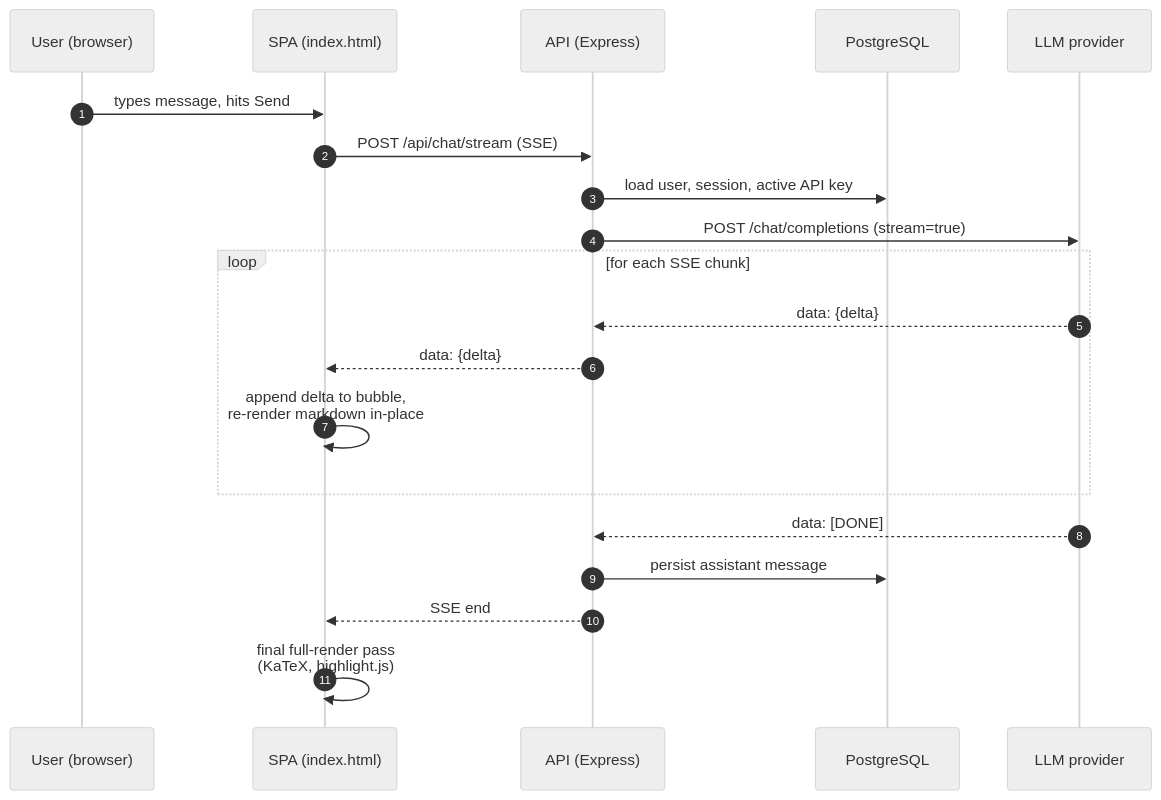
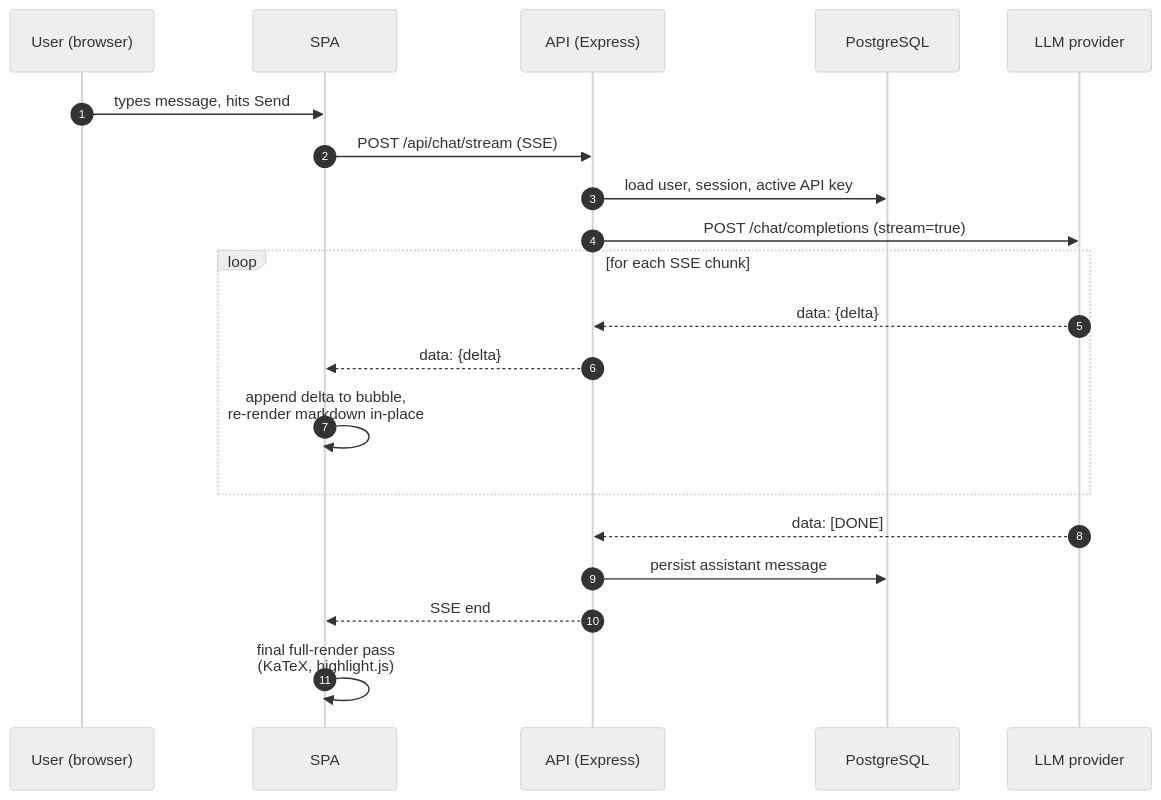
The second of 2 diagrams in README.md (kevenhu001-cyber/Socrates), drawn with Mermaid (neutral theme) before and after one commit. The commit also changed other lines of this file and 2 other files, not shown here.

````diff
--- a/README.md
+++ b/README.md
@@ -243,23 +252,23 @@
 ```mermaid
 sequenceDiagram
   autonumber
   participant U as User (browser)
-  participant SPA as SPA (index.html)
+  participant SPA as SPA
   participant API as API (Express)
   participant DB as PostgreSQL
   participant LLM as LLM provider
 
   U->>SPA: types message, hits Send
   SPA->>API: POST /api/chat/stream (SSE)
   API->>DB: load user, session, active API key
   API->>LLM: POST /chat/completions (stream=true)
   loop for each SSE chunk
     LLM-->>API: data: {delta}
     API-->>SPA: data: {delta}
     SPA->>SPA: append delta to bubble,<br/>re-render markdown in-place
   end
   LLM-->>API: data: [DONE]
   API->>DB: persist assistant message
   API-->>SPA: SSE end
   SPA->>SPA: final full-render pass<br/>(KaTeX, highlight.js)
 ```
````
